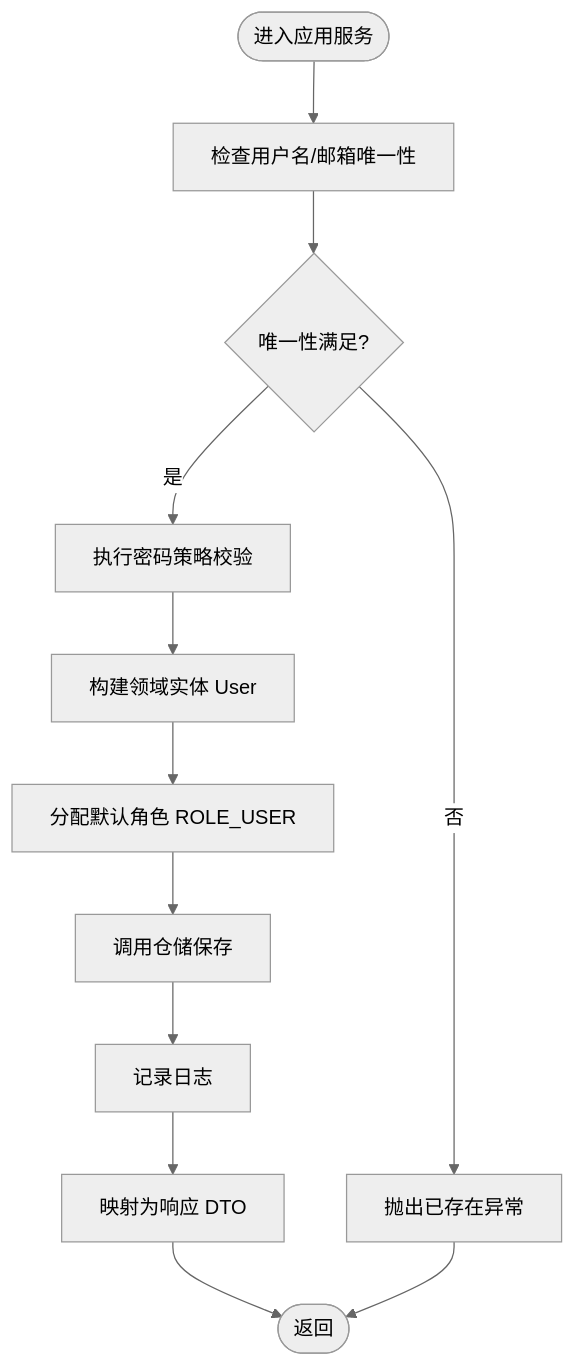
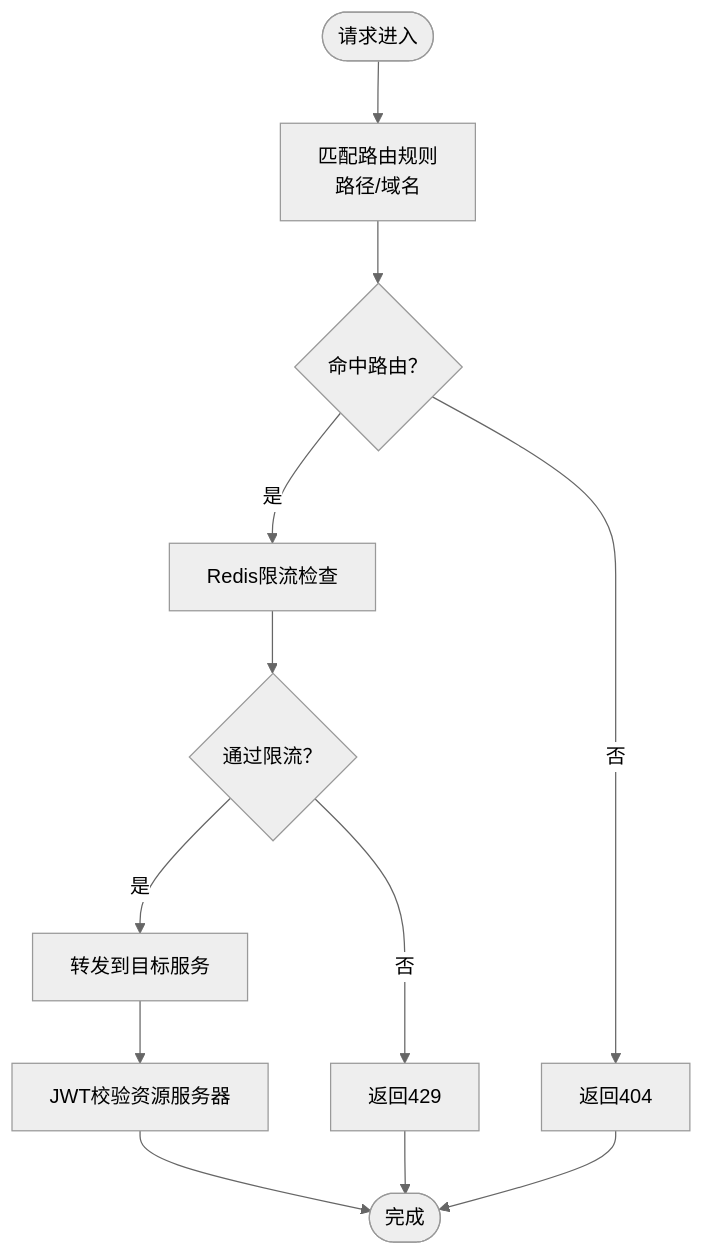
Before and after one commit to fq0121104930716/iam-platform: the sixth of 8 diagrams in .qoder/repowiki/zh/content/架构设计/架构设计.md, drawn with Mermaid (neutral theme). The commit also changed other lines of this file and 222 other files, not shown here.

````diff
--- a/.qoder/repowiki/zh/content/架构设计/架构设计.md
+++ b/.qoder/repowiki/zh/content/架构设计/架构设计.md
@@ -160,14 +264,14 @@
 ```mermaid
 flowchart TD
-Start(["进入应用服务"]) --> CheckUnique["检查用户名/邮箱唯一性"]
-CheckUnique --> UniqueOK{"唯一性满足?"}
-UniqueOK --> |否| ThrowExist["抛出已存在异常"]
-UniqueOK --> |是| ValidatePwd["执行密码策略校验"]
-ValidatePwd --> BuildUser["构建领域实体 User"]
-BuildUser --> AssignRole["分配默认角色 ROLE_USER"]
-AssignRole --> Save["调用仓储保存"]
-Save --> Log["记录日志"]
-Log --> ToResp["映射为响应 DTO"]
-ToResp --> End(["返回"])
-ThrowExist --> End
+Start(["请求进入"]) --> Match["匹配路由规则<br/>路径/域名"]
+Match --> Found{"命中路由？"}
+Found --> |是| RateLimit["Redis限流检查"]
+Found --> |否| NotFound["返回404"]
+RateLimit --> Pass{"通过限流？"}
+Pass --> |是| Forward["转发到目标服务"]
+Pass --> |否| Reject["返回429"]
+Forward --> JWT["JWT校验资源服务器"]
+JWT --> Done(["完成"])
+Reject --> Done
+NotFound --> Done
 ```
````
